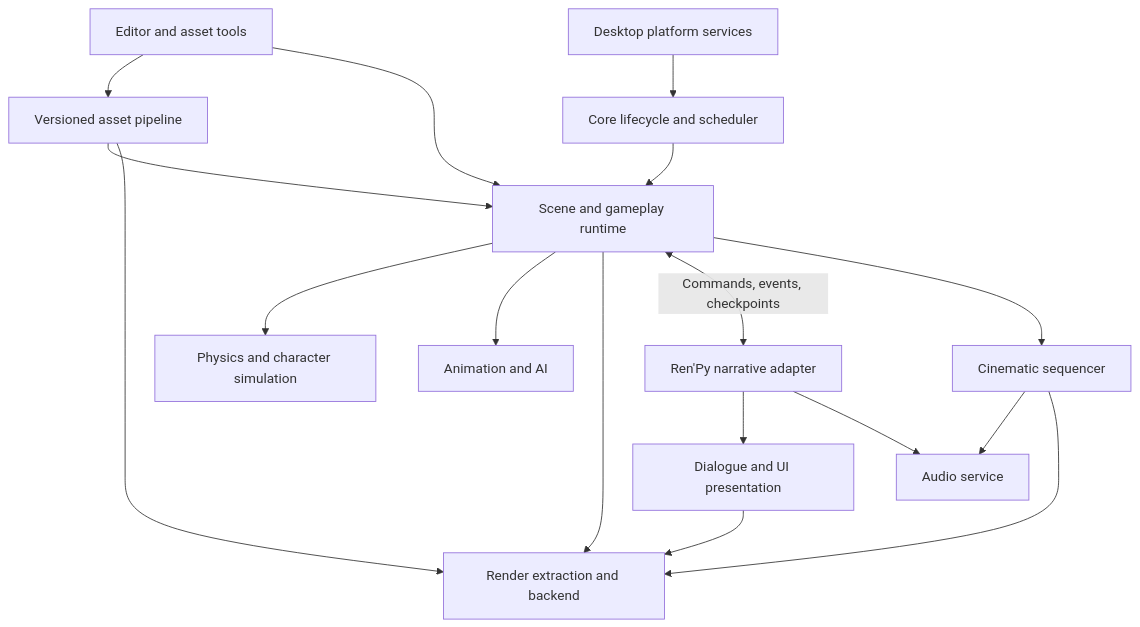
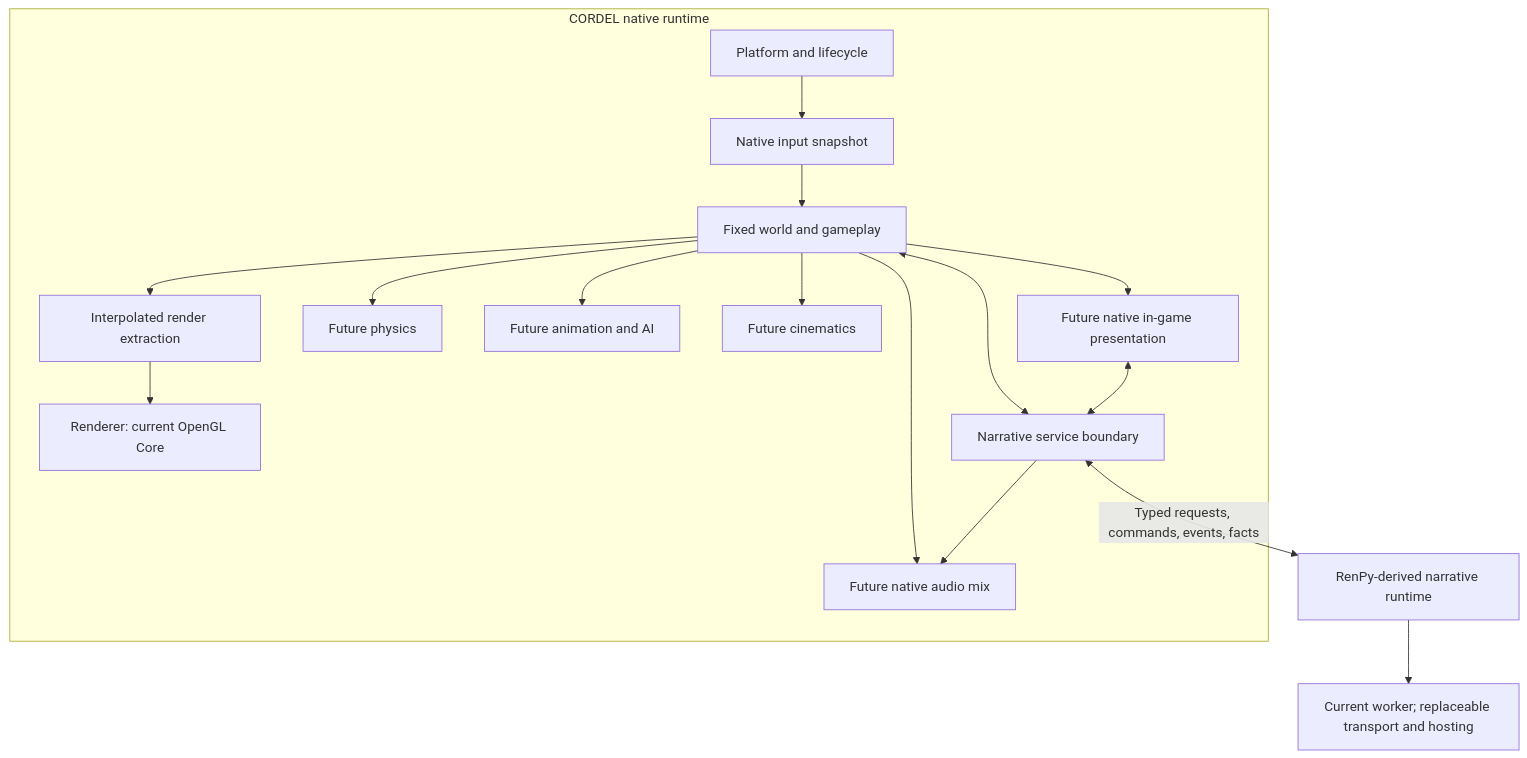
One commit to mylife-as-miles/cordel-engine changed the diagram in docs/cordel/ARCHITECTURE.md. Above: the diagram before and after it, drawn with Mermaid. The commit also changed other lines of this file, not shown here.

Commit message:
docs(architecture): formalize subsystem boundaries and development gates

````diff
--- a/docs/cordel/ARCHITECTURE.md
+++ b/docs/cordel/ARCHITECTURE.md
@@ -71,19 +45,19 @@
 ```mermaid
 flowchart TD
-    Editor[Editor and asset tools] --> Assets[Versioned asset pipeline]
-    Editor --> World[Scene and gameplay runtime]
-    Platform[Desktop platform services] --> Core[Core lifecycle and scheduler]
-    Core --> World
-    World --> Physics[Physics and character simulation]
-    World --> Animation[Animation and AI]
-    World --> Render[Render extraction and backend]
-    Assets --> World
-    Assets --> Render
-    World <-->|Commands, events, checkpoints| Narrative[Ren'Py narrative adapter]
-    Narrative --> UI[Dialogue and UI presentation]
-    World --> Cinematics[Cinematic sequencer]
-    Cinematics --> Audio[Audio service]
-    Cinematics --> Render
-    Narrative --> Audio
-    UI --> Render
+    subgraph CORDEL[CORDEL native runtime]
+        Platform[Platform and lifecycle] --> Input[Native input snapshot]
+        Input --> World[Fixed world and gameplay]
+        World --> Extraction[Interpolated render extraction]
+        Extraction --> Renderer[Renderer: current OpenGL Core]
+        World --> Physics[Future physics]
+        World --> Animation[Future animation and AI]
+        World --> Cinematics[Future cinematics]
+        World --> Audio[Future native audio mix]
+        World --> UI[Future native in-game presentation]
+        World <--> Service[Narrative service boundary]
+        UI <--> Service
+        Service --> Audio
+    end
+    Service <-->|Typed requests, commands, events, facts| Narrative[RenPy-derived narrative runtime]
+    Narrative --> Hosting[Current worker; replaceable transport and hosting]
 ```
````
